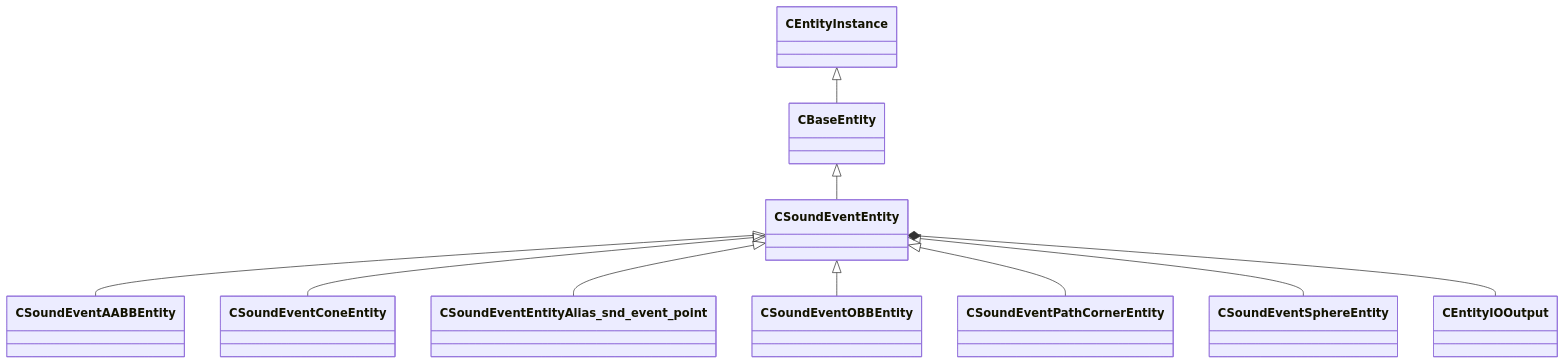
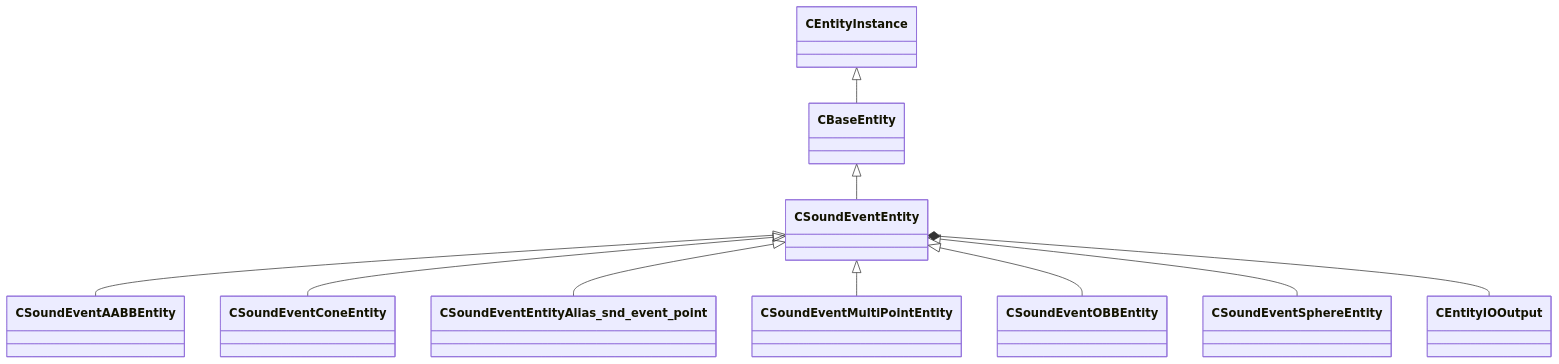
One commit to CS2OpenDev/CS2OpenDev-Docs changed the diagram in docs/generated/schemas/server/CSoundEventEntity.md. Above: the diagram before and after it, drawn with Mermaid. The commit also changed other lines of this file and 4654 other files, not shown here.

Commit message:
docs: regenerate for SchemaTracker build 25947352 [skip ci]

````diff
--- a/docs/generated/schemas/server/CSoundEventEntity.md
+++ b/docs/generated/schemas/server/CSoundEventEntity.md
@@ -21,12 +21,12 @@
 ```mermaid
 classDiagram
     CBaseEntity <|-- CSoundEventEntity
     CEntityInstance <|-- CBaseEntity
     CSoundEventEntity <|-- CSoundEventAABBEntity
     CSoundEventEntity <|-- CSoundEventConeEntity
     CSoundEventEntity <|-- CSoundEventEntityAlias_snd_event_point
+    CSoundEventEntity <|-- CSoundEventMultiPointEntity
     CSoundEventEntity <|-- CSoundEventOBBEntity
-    CSoundEventEntity <|-- CSoundEventPathCornerEntity
     CSoundEventEntity <|-- CSoundEventSphereEntity
     CSoundEventEntity *-- CEntityIOOutput
 ```
````
